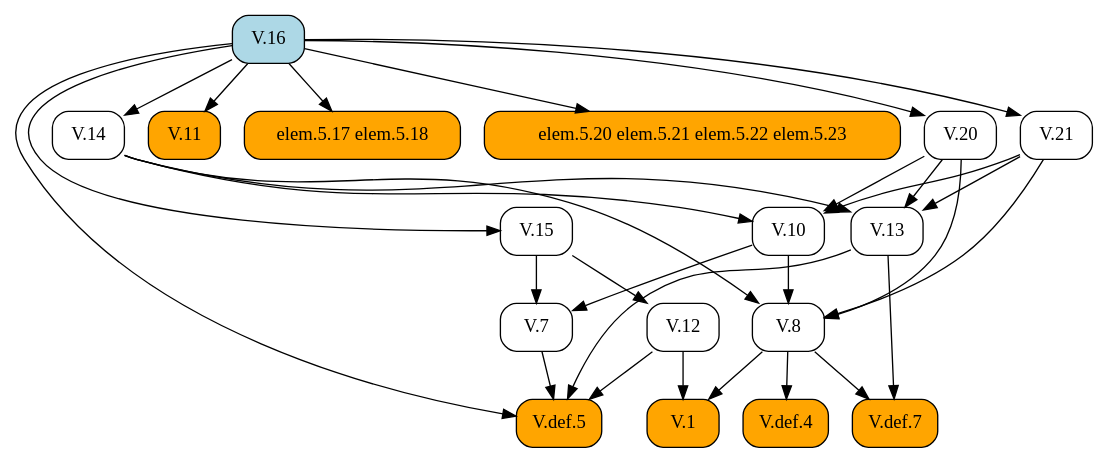
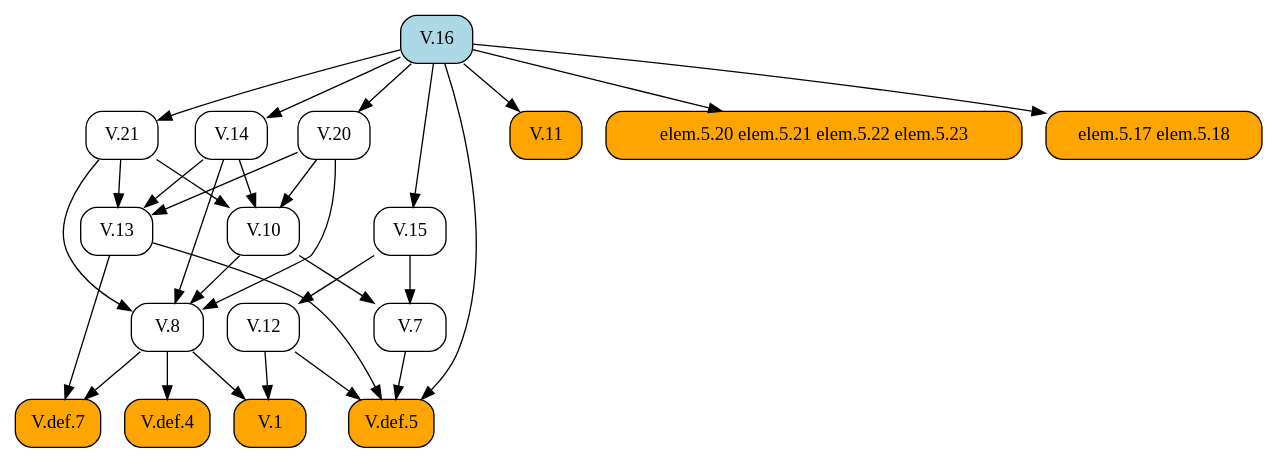
Before and after one commit to geometor/elements: the diagram in docsrc/heath/V/16/index.rst, drawn with Graphviz. The commit also changed other lines of this file and 1029 other files, not shown here.

```diff
--- a/docsrc/heath/V/16/index.rst
+++ b/docsrc/heath/V/16/index.rst
@@ -61,52 +61,52 @@
 .. graphviz::
 
    digraph {
      rankdir="TB";
      node [shape=box, style=rounded];
+     "V.8" [URL="/heath/V/8/", target="_top"];
+     "V.14" [URL="/heath/V/14/", target="_top"];
+     "V.def.5" [style="rounded,filled", fillcolor=orange, URL="/heath/V/def.5/", target="_top"];
+     "V.12" [URL="/heath/V/12/", target="_top"];
+     "V.10" [URL="/heath/V/10/", target="_top"];
      "V.1" [style="rounded,filled", fillcolor=orange, URL="/heath/V/1/", target="_top"];
-     "V.10" [URL="/heath/V/10/", target="_top"];
+     "V.20" [URL="/heath/V/20/", target="_top"];
+     "V.13" [URL="/heath/V/13/", target="_top"];
+     "V.11" [style="rounded,filled", fillcolor=orange, URL="/heath/V/11/", target="_top"];
+     "elem.5.20 elem.5.21 elem.5.22 elem.5.23" [style="rounded,filled", fillcolor=orange];
+     "elem.5.17 elem.5.18" [style="rounded,filled", fillcolor=orange];
+     "V.15" [URL="/heath/V/15/", target="_top"];
+     "V.7" [URL="/heath/V/7/", target="_top"];
+     "V.def.4" [style="rounded,filled", fillcolor=orange, URL="/heath/V/def.4/", target="_top"];
      "V.16" [style="rounded,filled", fillcolor=lightblue, URL="/heath/V/16/", target="_top"];
-     "V.15" [URL="/heath/V/15/", target="_top"];
-     "V.20" [URL="/heath/V/20/", target="_top"];
-     "V.def.4" [style="rounded,filled", fillcolor=orange, URL="/heath/V/def.4/", target="_top"];
+     "V.def.7" [style="rounded,filled", fillcolor=orange, URL="/heath/V/def.7/", target="_top"];
      "V.21" [URL="/heath/V/21/", target="_top"];
-     "V.11" [style="rounded,filled", fillcolor=orange, URL="/heath/V/11/", target="_top"];
-     "V.8" [URL="/heath/V/8/", target="_top"];
-     "V.7" [URL="/heath/V/7/", target="_top"];
-     "V.13" [URL="/heath/V/13/", target="_top"];
-     "elem.5.17 elem.5.18" [style="rounded,filled", fillcolor=orange];
-     "V.12" [URL="/heath/V/12/", target="_top"];
-     "V.def.7" [style="rounded,filled", fillcolor=orange, URL="/heath/V/def.7/", target="_top"];
-     "elem.5.20 elem.5.21 elem.5.22 elem.5.23" [style="rounded,filled", fillcolor=orange];
-     "V.def.5" [style="rounded,filled", fillcolor=orange, URL="/heath/V/def.5/", target="_top"];
-     "V.14" [URL="/heath/V/14/", target="_top"];
-     "V.8" -> "V.1";
-     "V.12" -> "V.1";
-     "V.14" -> "V.10";
-     "V.20" -> "V.10";
-     "V.21" -> "V.10";
-     "V.16" -> "V.15";
-     "V.16" -> "V.20";
-     "V.8" -> "V.def.4";
-     "V.16" -> "V.21";
-     "V.16" -> "V.11";
      "V.10" -> "V.8";
      "V.14" -> "V.8";
      "V.20" -> "V.8";
      "V.21" -> "V.8";
-     "V.10" -> "V.7";
-     "V.15" -> "V.7";
-     "V.14" -> "V.13";
-     "V.20" -> "V.13";
-     "V.21" -> "V.13";
-     "V.16" -> "elem.5.17 elem.5.18";
-     "V.15" -> "V.12";
-     "V.8" -> "V.def.7";
-     "V.13" -> "V.def.7";
-     "V.16" -> "elem.5.20 elem.5.21 elem.5.22 elem.5.23";
+     "V.16" -> "V.14";
      "V.7" -> "V.def.5";
      "V.12" -> "V.def.5";
      "V.13" -> "V.def.5";
      "V.16" -> "V.def.5";
-     "V.16" -> "V.14";
+     "V.15" -> "V.12";
+     "V.14" -> "V.10";
+     "V.20" -> "V.10";
+     "V.21" -> "V.10";
+     "V.8" -> "V.1";
+     "V.12" -> "V.1";
+     "V.16" -> "V.20";
+     "V.14" -> "V.13";
+     "V.20" -> "V.13";
+     "V.21" -> "V.13";
+     "V.16" -> "V.11";
+     "V.16" -> "elem.5.20 elem.5.21 elem.5.22 elem.5.23";
+     "V.16" -> "elem.5.17 elem.5.18";
+     "V.16" -> "V.15";
+     "V.10" -> "V.7";
+     "V.15" -> "V.7";
+     "V.8" -> "V.def.4";
+     "V.8" -> "V.def.7";
+     "V.13" -> "V.def.7";
+     "V.16" -> "V.21";
    }
```
